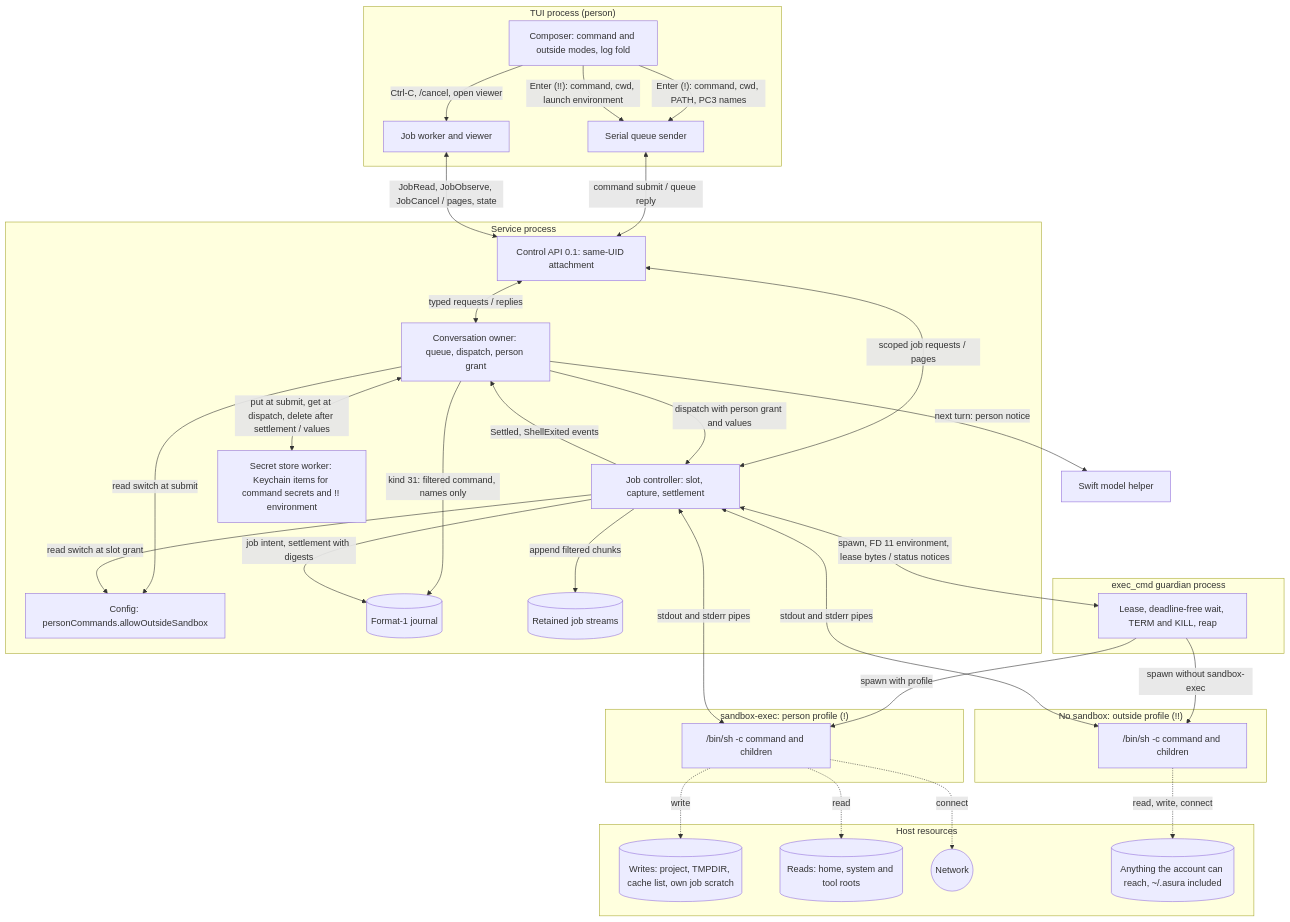
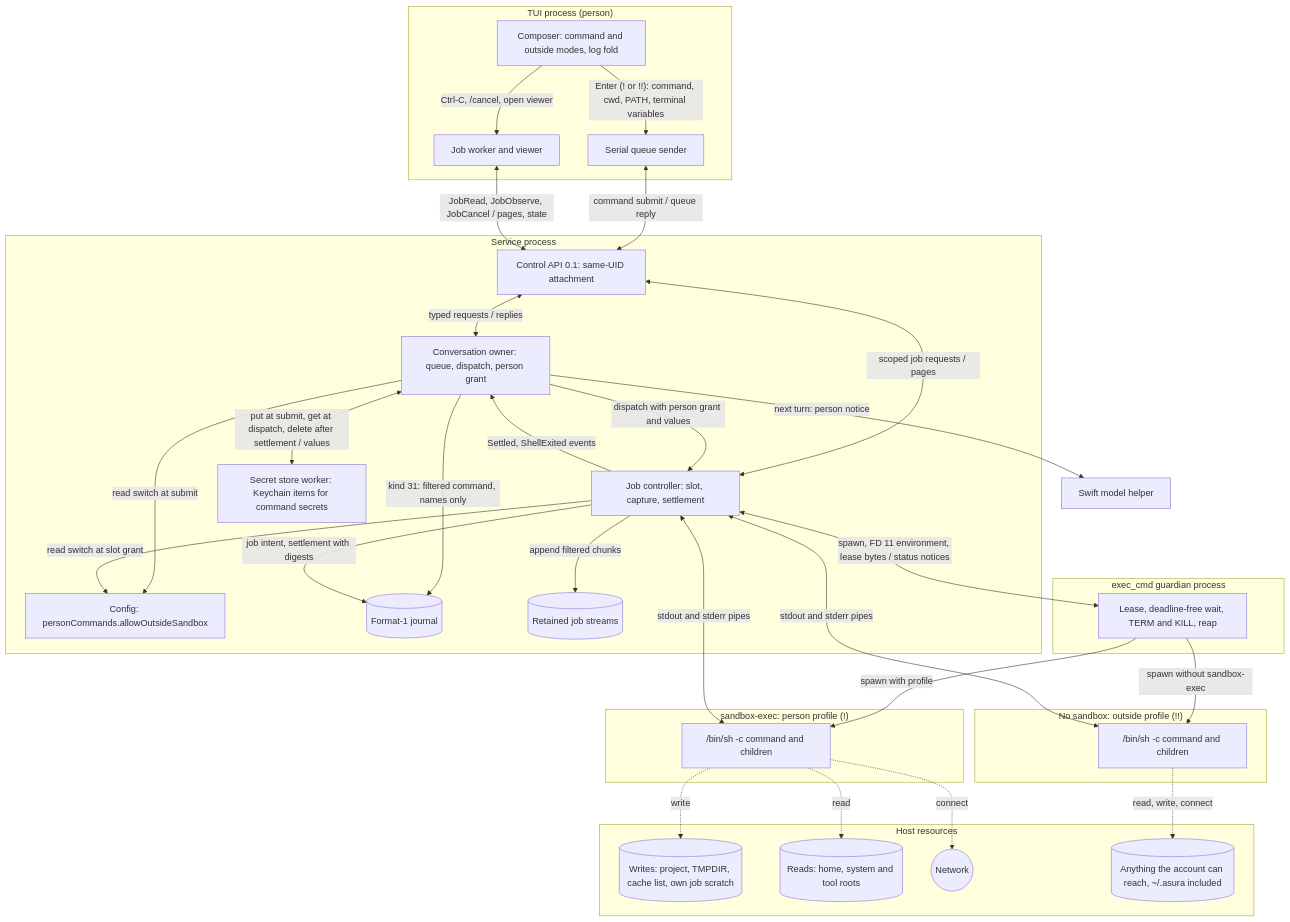
Before and after one commit to pidster/asura: the first of 10 diagrams in docs/designs/person-command-mode.md, drawn with Mermaid. The commit also changed other lines of this file and 9 other files, not shown here.

````diff
--- a/docs/designs/person-command-mode.md
+++ b/docs/designs/person-command-mode.md
@@ -202,58 +210,57 @@
 ```mermaid
 flowchart TB
     subgraph TUIP["TUI process (person)"]
         Mode["Composer: command and outside modes, log fold"]
         Send["Serial queue sender"]
         JobW["Job worker and viewer"]
     end
     subgraph SVC["Service process"]
         API["Control API 0.1: same-UID attachment"]
         Owner["Conversation owner: queue, dispatch, person grant"]
         Ctl["Job controller: slot, capture, settlement"]
         Cfg["Config: personCommands.allowOutsideSandbox"]
-        Store["Secret store worker: Keychain items for command secrets and !! environment"]
+        Store["Secret store worker: Keychain items for command secrets"]
         J[("Format-1 journal")]
         P[("Retained job streams")]
     end
     subgraph GP["exec_cmd guardian process"]
         G["Lease, deadline-free wait, TERM and KILL, reap"]
     end
     subgraph SB["sandbox-exec: person profile (!)"]
         Sh["/bin/sh -c command and children"]
     end
     subgraph NS["No sandbox: outside profile (!!)"]
         Sh2["/bin/sh -c command and children"]
     end
     subgraph HOST["Host resources"]
         W[("Writes: project, TMPDIR, cache list, own job scratch")]
         R[("Reads: home, system and tool roots")]
         N(("Network"))
         All[("Anything the account can reach, ~/.asura included")]
     end
     Helper["Swift model helper"]
-    Mode -->|"Enter (!): command, cwd, PATH, PC3 names"| Send
-    Mode -->|"Enter (!!): command, cwd, launch environment"| Send
+    Mode -->|"Enter (! or !!): command, cwd, PATH, terminal variables"| Send
     Mode -->|"Ctrl-C, /cancel, open viewer"| JobW
     Send <-->|"command submit / queue reply"| API
     JobW <-->|"JobRead, JobObserve, JobCancel / pages, state"| API
     API <-->|"typed requests / replies"| Owner
     API <-->|"scoped job requests / pages"| Ctl
     Owner -->|"read switch at submit"| Cfg
     Ctl -->|"read switch at slot grant"| Cfg
     Owner -->|"kind 31: filtered command, names only"| J
     Owner <-->|"put at submit, get at dispatch, delete after settlement / values"| Store
     Owner -->|"dispatch with person grant and values"| Ctl
     Ctl -->|"Settled, ShellExited events"| Owner
     Ctl -->|"job intent, settlement with digests"| J
     Ctl -->|"append filtered chunks"| P
     Ctl <-->|"spawn, FD 11 environment, lease bytes / status notices"| G
     G -->|"spawn with profile"| Sh
     G -->|"spawn without sandbox-exec"| Sh2
     Ctl <-->|"stdout and stderr pipes"| Sh
     Ctl <-->|"stdout and stderr pipes"| Sh2
     Sh -.->|"write"| W
     Sh -.->|"read"| R
     Sh -.->|"connect"| N
     Sh2 -.->|"read, write, connect"| All
     Owner -->|"next turn: person notice"| Helper
 ```
````
